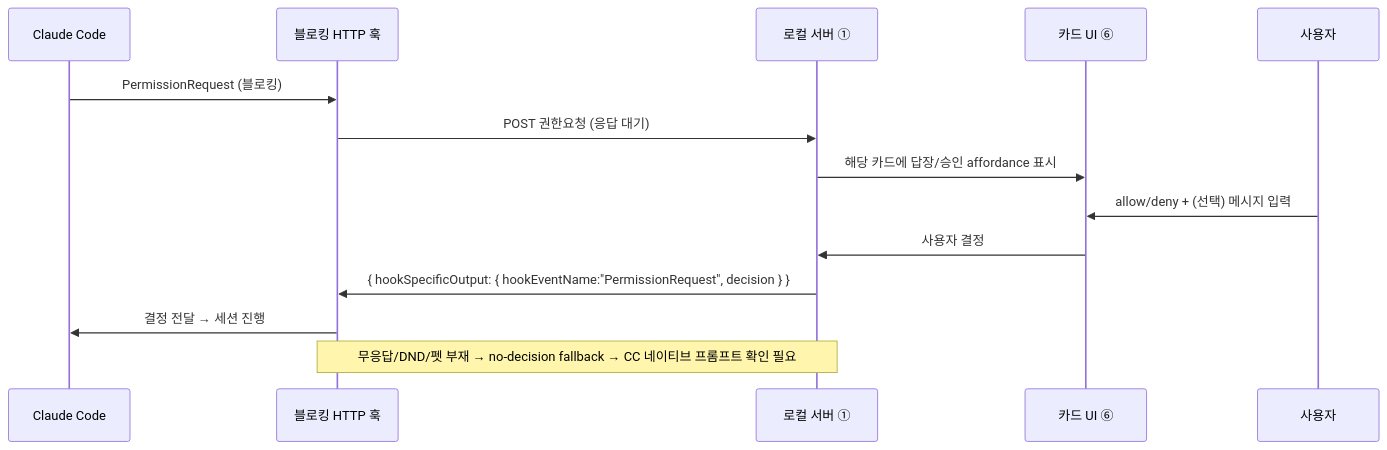
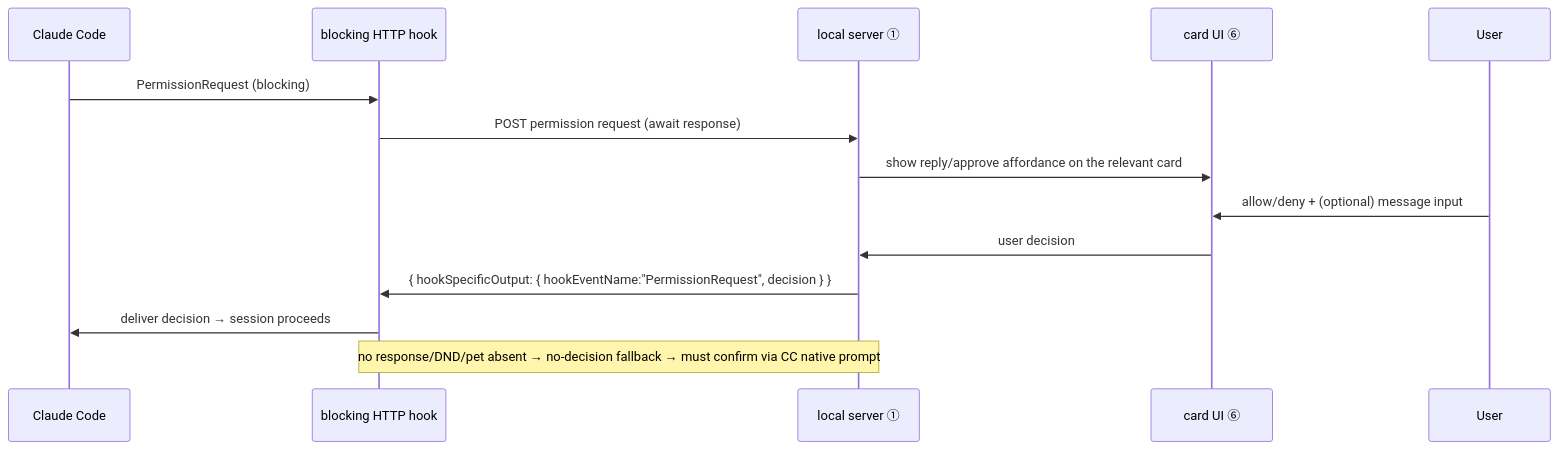
Before and after one commit to amsminn/Claude-Pet: the fourth of 4 diagrams in docs/01-architecture/overview.md, drawn with Mermaid. The commit also changed other lines of this file and 48 other files, not shown here.

````diff
--- a/docs/01-architecture/overview.md
+++ b/docs/01-architecture/overview.md
@@ -104,17 +106,17 @@
 ```mermaid
 sequenceDiagram
     participant CC as Claude Code
-    participant Hook as 블로킹 HTTP 훅
-    participant Srv as 로컬 서버 ①
-    participant UI as 카드 UI ⑥
-    participant User as 사용자
+    participant Hook as blocking HTTP hook
+    participant Srv as local server ①
+    participant UI as card UI ⑥
+    participant User as User
 
-    CC->>Hook: PermissionRequest (블로킹)
-    Hook->>Srv: POST 권한요청 (응답 대기)
-    Srv->>UI: 해당 카드에 답장/승인 affordance 표시
-    User->>UI: allow/deny + (선택) 메시지 입력
-    UI->>Srv: 사용자 결정
+    CC->>Hook: PermissionRequest (blocking)
+    Hook->>Srv: POST permission request (await response)
+    Srv->>UI: show reply/approve affordance on the relevant card
+    User->>UI: allow/deny + (optional) message input
+    UI->>Srv: user decision
     Srv->>Hook: { hookSpecificOutput: { hookEventName:"PermissionRequest", decision } }
-    Hook->>CC: 결정 전달 → 세션 진행
-    Note over Srv,Hook: 무응답/DND/펫 부재 → no-decision fallback → CC 네이티브 프롬프트 확인 필요
+    Hook->>CC: deliver decision → session proceeds
+    Note over Srv,Hook: no response/DND/pet absent → no-decision fallback → must confirm via CC native prompt
 ```
````
